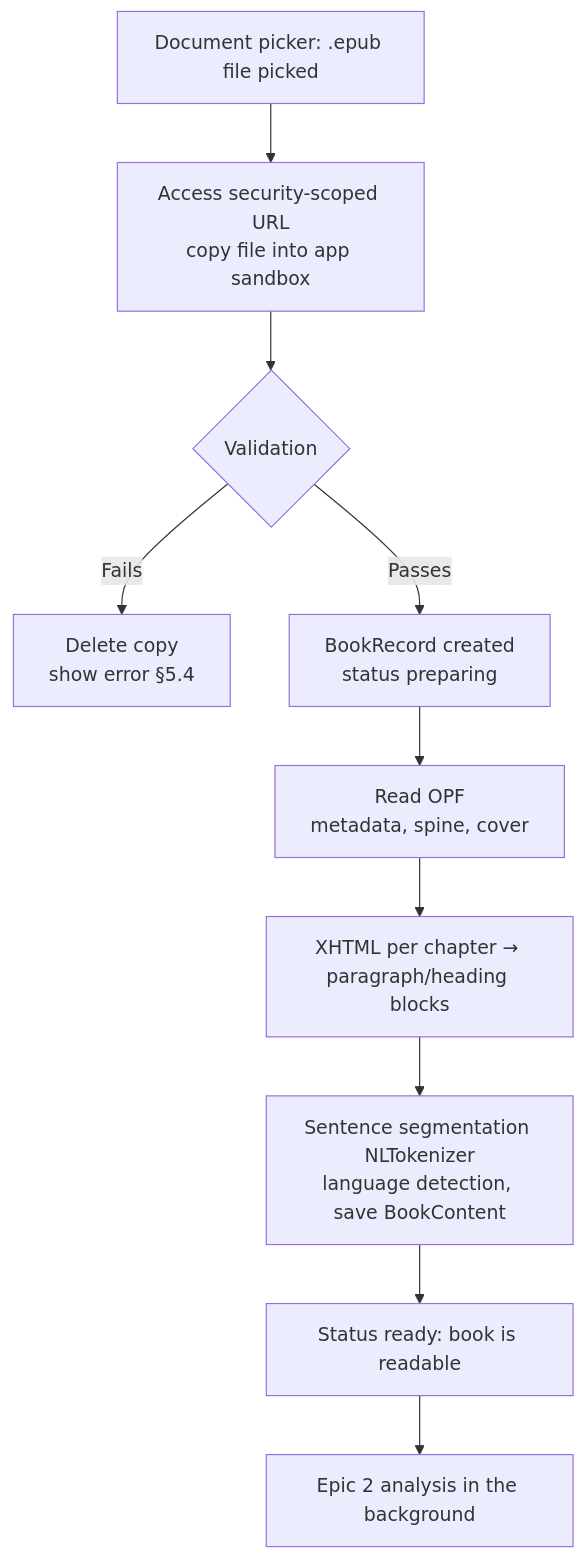
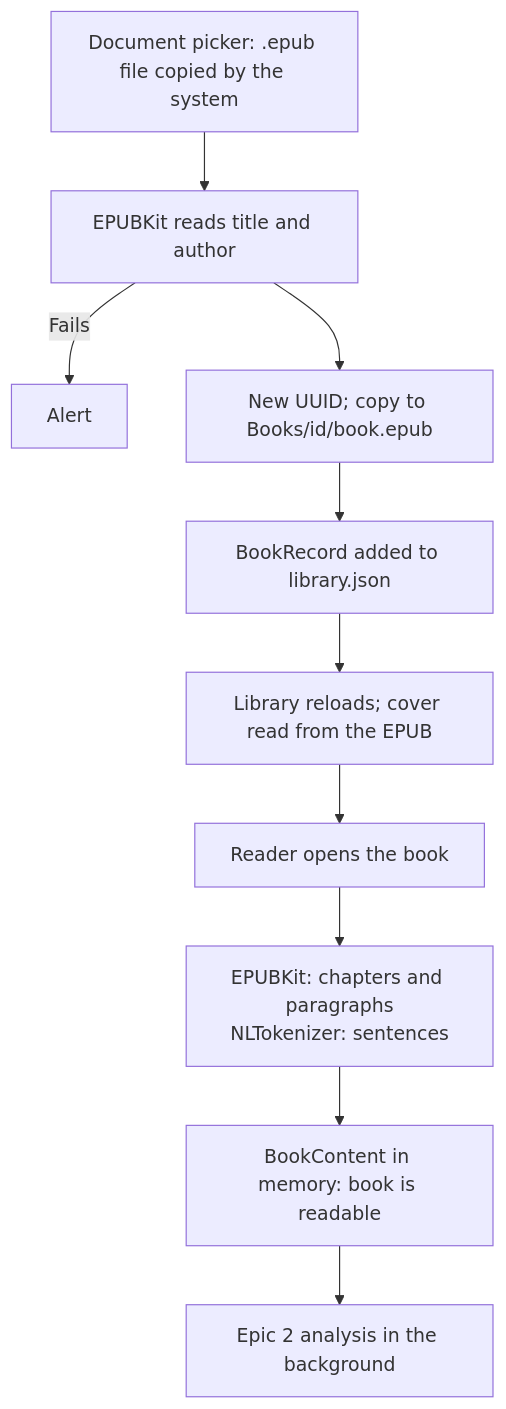
Before and after one commit to AftrHours/PRD: the second of 2 diagrams in 1.1-Import-Book-Files-EN.md, drawn with Mermaid. The commit also changed other lines of this file and 6 other files, not shown here.

````diff
--- a/1.1-Import-Book-Files-EN.md
+++ b/1.1-Import-Book-Files-EN.md
@@ -139,12 +142,12 @@
 ```mermaid
 flowchart TD
-  A[Document picker: .epub file picked] --> B[Access security-scoped URL<br/>copy file into app sandbox]
-  B --> C{Validation}
-  C -- Fails --> X[Delete copy<br/>show error §5.4]
-  C -- Passes --> D[BookRecord created<br/>status preparing]
-  D --> F[Read OPF<br/>metadata, spine, cover]
-  F --> H[XHTML per chapter → paragraph/heading blocks]
-  H --> I[Sentence segmentation NLTokenizer<br/>language detection, save BookContent]
-  I --> J[Status ready: book is readable]
-  J --> K[Epic 2 analysis in the background]
+  A[Document picker: .epub file copied by the system] --> B[EPUBKit reads title and author]
+  B -- Fails --> X[Alert]
+  B --> C[New UUID; copy to Books/id/book.epub]
+  C --> D[BookRecord added to library.json]
+  D --> E[Library reloads; cover read from the EPUB]
+  E --> F[Reader opens the book]
+  F --> G[EPUBKit: chapters and paragraphs<br/>NLTokenizer: sentences]
+  G --> H[BookContent in memory: book is readable]
+  H --> I[Epic 2 analysis in the background]
 ```
````
